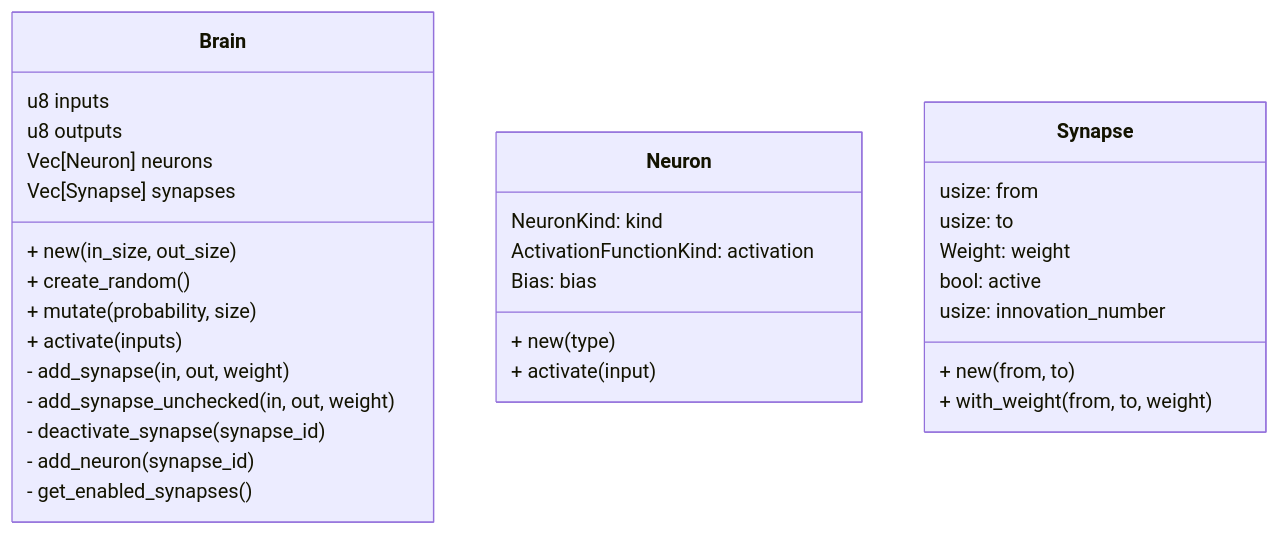
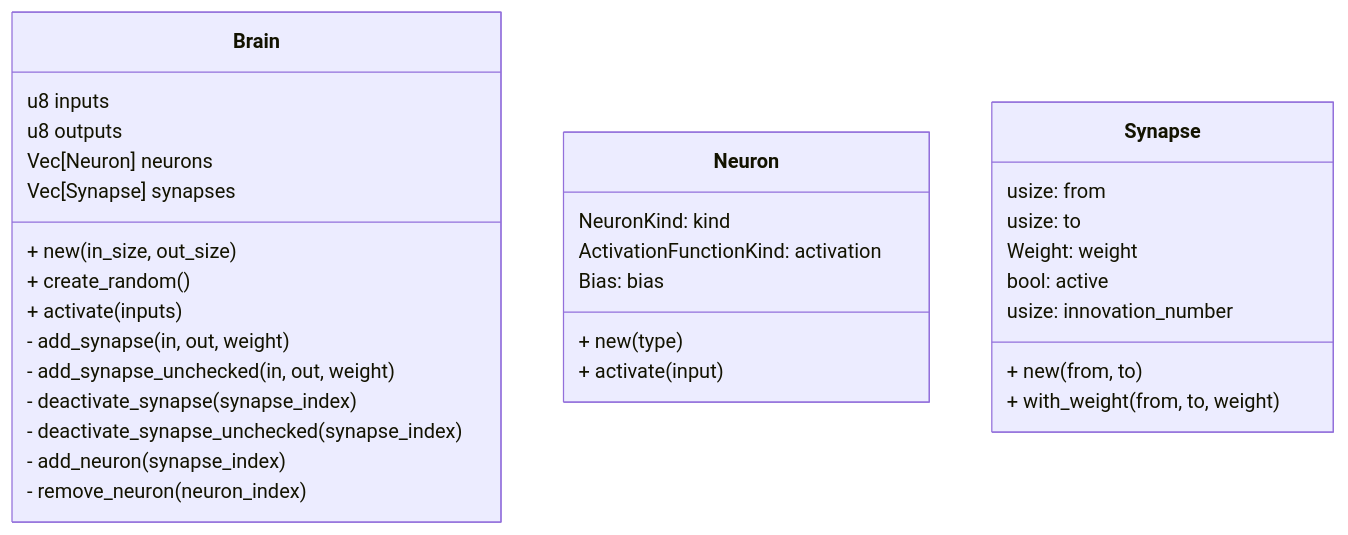
Before and after one commit to BenGale93/genesis: the diagram in planning/brain.md, drawn with Mermaid. The commit also changed 3 other files, not shown here.

````diff
--- a/planning/brain.md
+++ b/planning/brain.md
@@ -5,40 +5,40 @@
 ```mermaid
 classDiagram
     class Brain {
         u8 inputs
         u8 outputs
         Vec[Neuron] neurons
         Vec[Synapse] synapses
 
         + new(in_size, out_size)
         + create_random()
-        + mutate(probability, size)
         + activate(inputs)
 
         - add_synapse(in, out, weight)
         - add_synapse_unchecked(in, out, weight)
-        - deactivate_synapse(synapse_id)
-        - add_neuron(synapse_id)
-        - get_enabled_synapses()
+        - deactivate_synapse(synapse_index)
+        - deactivate_synapse_unchecked(synapse_index)
+        - add_neuron(synapse_index)
+        - remove_neuron(neuron_index)
     }
 
     class Neuron {
         NeuronKind: kind
         ActivationFunctionKind: activation
         Bias: bias
 
         + new(type)
         + activate(input)
     }
 
     class Synapse {
         usize: from
         usize: to
         Weight: weight
         bool: active
         usize: innovation_number
 
         + new(from, to)
         + with_weight(from, to, weight)
     }
 ```
````
